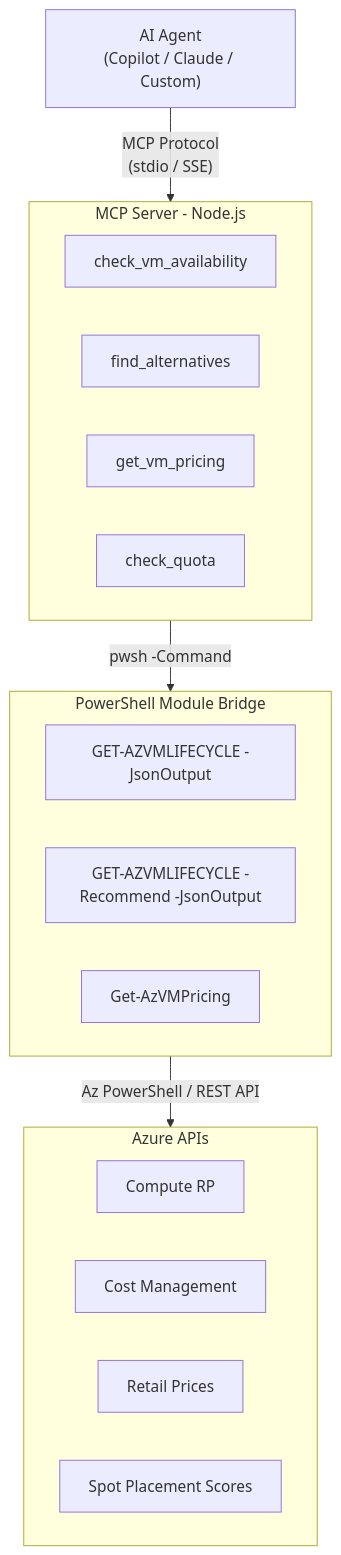
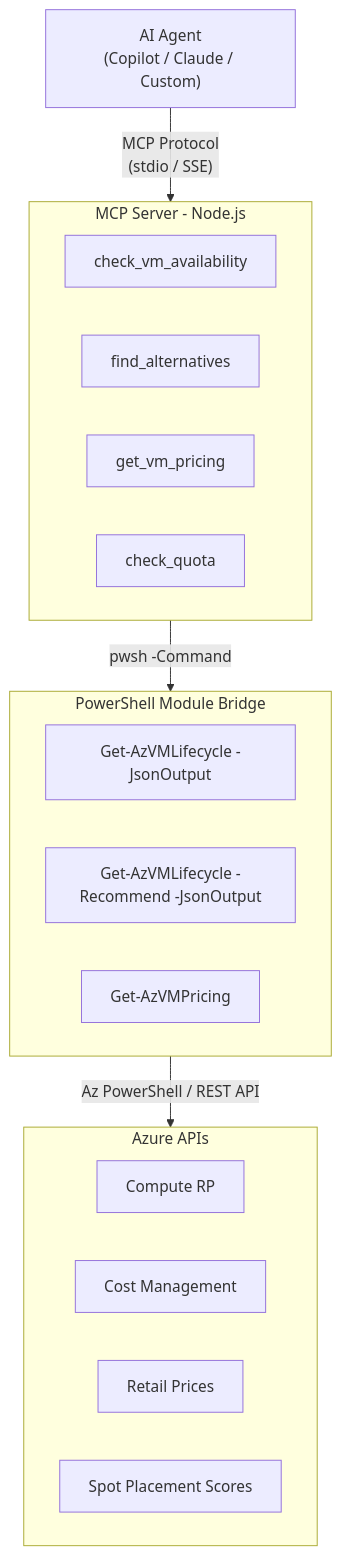
The diagram in ROADMAP.md (bzlowrance/Get-AzVMLifecycle), drawn with Mermaid before and after one commit. The commit also changed other lines of this file and 24 other files, not shown here.

````diff
--- a/ROADMAP.md
+++ b/ROADMAP.md
@@ -231,29 +231,29 @@
 ```mermaid
 flowchart TB
     Agent["AI Agent<br>(Copilot / Claude / Custom)"]
     Agent -->|"MCP Protocol<br>(stdio / SSE)"| MCP
 
     subgraph MCP["MCP Server - Node.js"]
         T1["check_vm_availability"]
         T2["find_alternatives"]
         T3["get_vm_pricing"]
         T4["check_quota"]
     end
 
     MCP -->|"pwsh -Command"| Bridge
 
     subgraph Bridge["PowerShell Module Bridge"]
-        M1["GET-AZVMLIFECYCLE -JsonOutput"]
-        M2["GET-AZVMLIFECYCLE -Recommend -JsonOutput"]
+        M1["Get-AzVMLifecycle -JsonOutput"]
+        M2["Get-AzVMLifecycle -Recommend -JsonOutput"]
         M3["Get-AzVMPricing"]
     end
 
     Bridge -->|"Az PowerShell / REST API"| Azure
 
     subgraph Azure["Azure APIs"]
         A1["Compute RP"]
         A2["Cost Management"]
         A3["Retail Prices"]
         A4["Spot Placement Scores"]
     end
 ```
````
